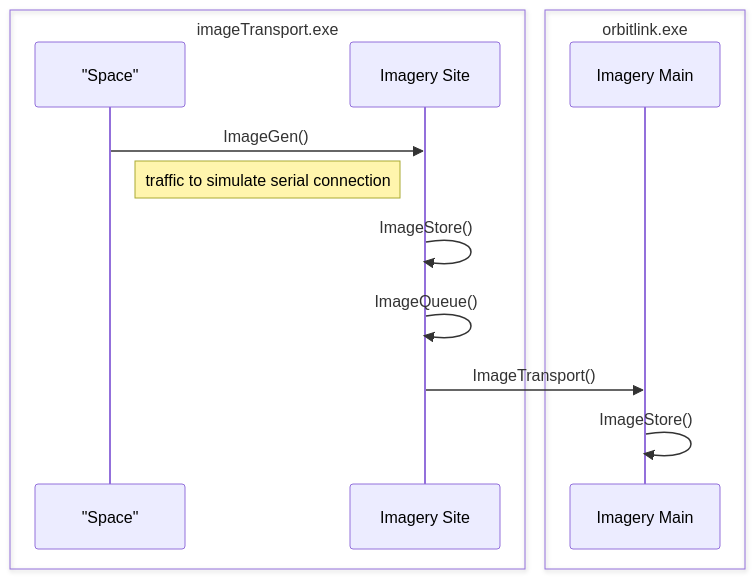
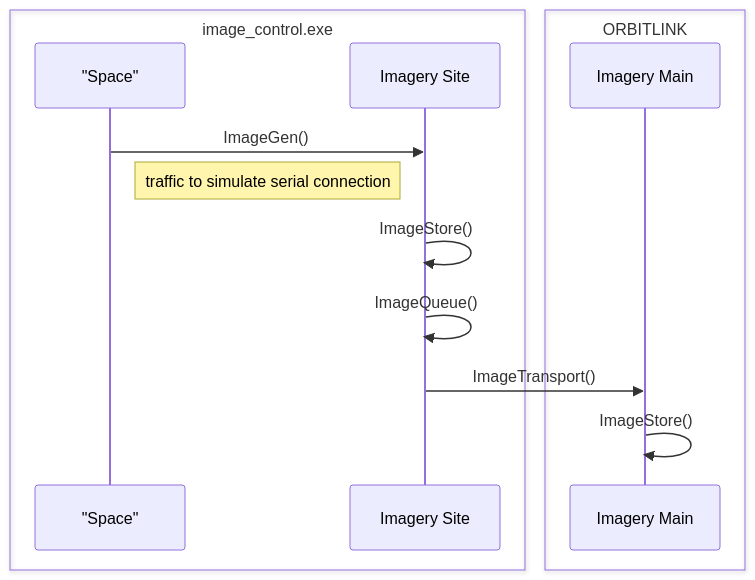
The second of 3 diagrams in README.md (blues-clues-security/orbitlink), drawn with Mermaid before and after one commit. The commit also changed other lines of this file and 7 other files, not shown here.

Commit message:
Finished imagery_control.py, added function into app.py to allow image display

````diff
--- a/README.md
+++ b/README.md
@@ -53,17 +55,17 @@
 ```mermaid
 sequenceDiagram
-box imageTransport.exe
+box image_control.exe
 participant "Space"
 participant Imagery Site
 end
-box orbitlink.exe
+box ORBITLINK
 participant Imagery Main
 end
 
 "Space"->>Imagery Site: ImageGen()
 Note right of "Space": traffic to simulate serial connection 
 Imagery Site->>Imagery Site: ImageStore()
 Imagery Site->>Imagery Site: ImageQueue()
 Imagery Site->>Imagery Main: ImageTransport()
 Imagery Main->>Imagery Main: ImageStore()
 ```
````
